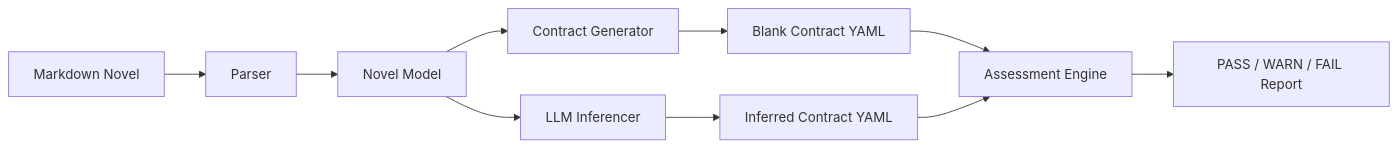
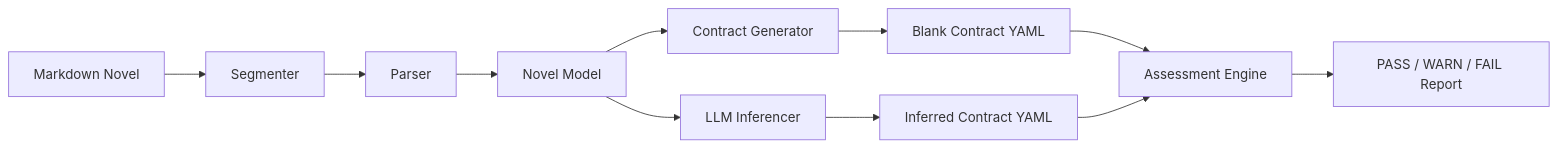
One commit to mattbriggs/novel_testbed_app changed the first of 5 diagrams in docs/software-design.md. Above: the diagram before and after it, drawn with Mermaid. The commit also changed other lines of this file and 29 other files, not shown here.

````diff
--- a/docs/software-design.md
+++ b/docs/software-design.md
@@ -35,15 +10,16 @@
 ```mermaid
 flowchart LR
-    A[Markdown Novel] --> B[Parser]
+    A[Markdown Novel] --> S[Segmenter]
+    S --> B[Parser]
     B --> C[Novel Model]
 
     C --> D1[Contract Generator]
     D1 --> E1[Blank Contract YAML]
     E1 --> F[Assessment Engine]
 
     C --> D2[LLM Inferencer]
     D2 --> E2[Inferred Contract YAML]
     E2 --> F
 
     F --> G[PASS / WARN / FAIL Report]
 ```
````
